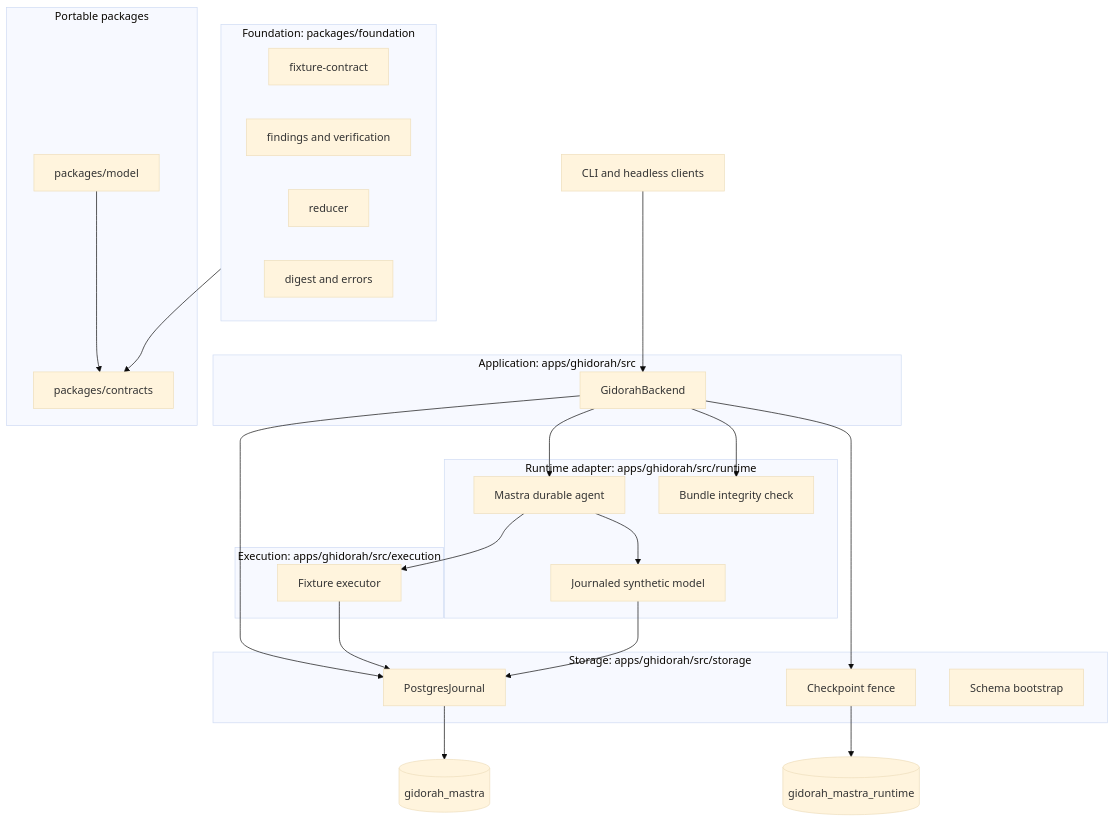
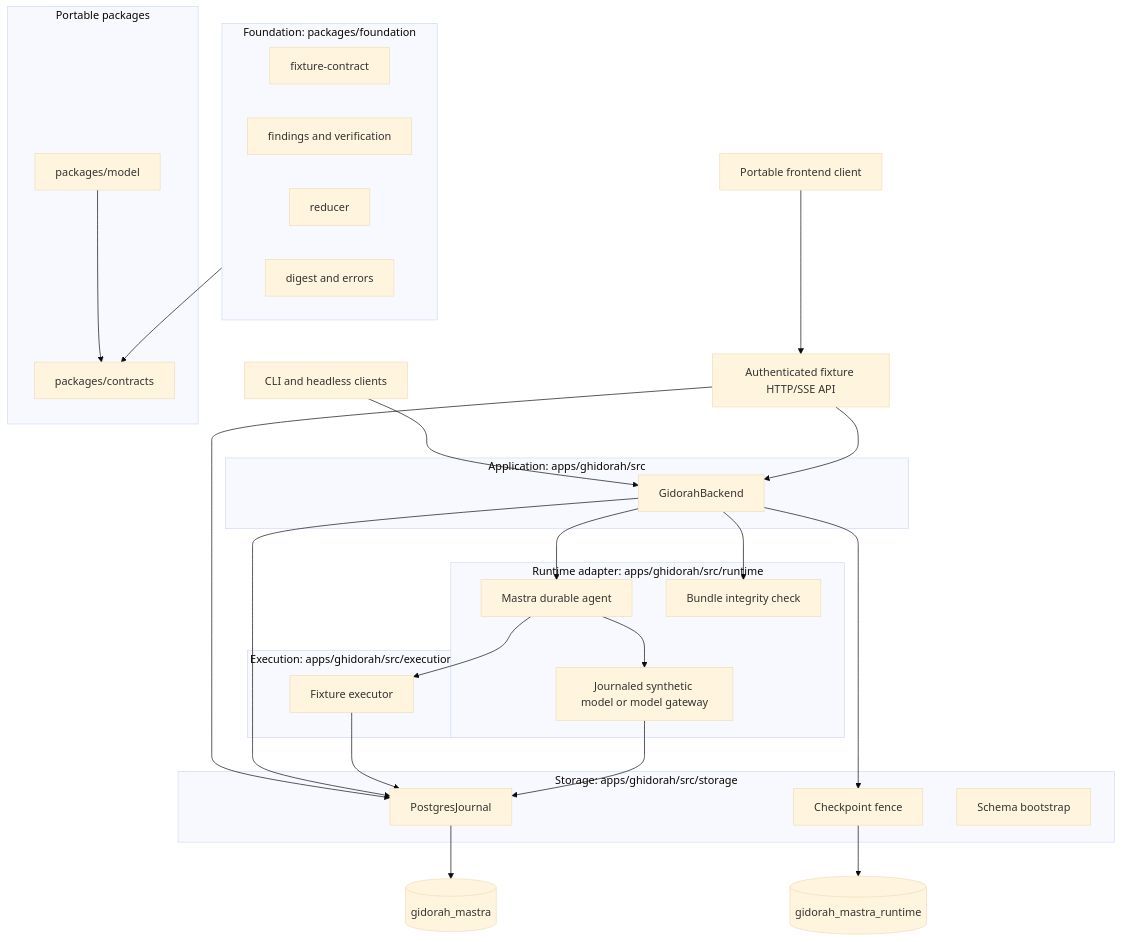
One commit to Adityakushwaha947/Ghidorah changed the diagram in docs/architecture.md. Above: the diagram before and after it, drawn with Mermaid (base theme). The commit also changed other lines of this file and 31 other files, not shown here.

Commit message:
Harden model recovery and add scoped fixture API and restore drill

````diff
--- a/docs/architecture.md
+++ b/docs/architecture.md
@@ -11,40 +11,43 @@
 ```mermaid
 flowchart TD
     Clients[CLI and headless clients] --> Backend
+    Frontend[Portable frontend client] --> API[Authenticated fixture HTTP/SSE API]
+    API --> Backend
+    API --> Journal
     subgraph App[Application: apps/ghidorah/src]
       Backend[GidorahBackend]
     end
     subgraph Runtime[Runtime adapter: apps/ghidorah/src/runtime]
-      Mastra[Mastra durable agent] --> Model[Journaled synthetic model]
+      Mastra[Mastra durable agent] --> Model[Journaled synthetic model or model gateway]
       Integrity[Bundle integrity check]
     end
     subgraph Exec[Execution: apps/ghidorah/src/execution]
       Executor[Fixture executor]
     end
     subgraph Storage[Storage: apps/ghidorah/src/storage]
       Journal[PostgresJournal]
       Fence[Checkpoint fence]
       Bootstrap[Schema bootstrap]
     end
     subgraph Foundation[Foundation: packages/foundation]
       FixtureContract[fixture-contract]
       Findings[findings and verification]
       Reducer[reducer]
       Digest[digest and errors]
     end
     subgraph Portable[Portable packages]
       Contracts[packages/contracts]
       Gateway[packages/model]
     end
     Backend --> Mastra
     Backend --> Journal
     Backend --> Fence
     Backend --> Integrity
     Mastra --> Executor
     Executor --> Journal
     Model --> Journal
     Journal --> ProductDB[(gidorah_mastra)]
     Fence --> RuntimeDB[(gidorah_mastra_runtime)]
     Foundation --> Contracts
     Gateway --> Contracts
 ```
````
